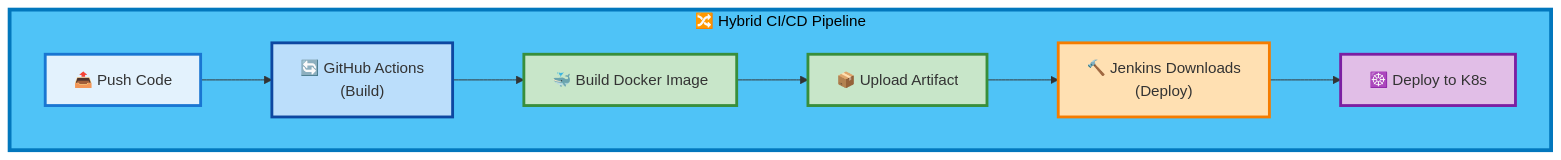
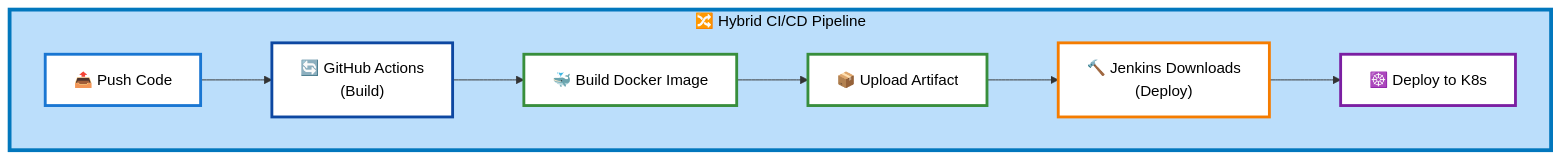
Before and after one commit to 2024aa05820/heart-disease-mlops: the sixth of 9 diagrams in README.md, drawn with Mermaid. The commit also changed other lines of this file, not shown here.

First line of the commit message:
Fix Mermaid diagram text visibility - use white backgrounds for nodes

````diff
--- a/README.md
+++ b/README.md
@@ -416,18 +416,18 @@
 ```mermaid
 graph TB
     subgraph HYBRID["🔀 Hybrid CI/CD Pipeline"]
         A["📤 Push Code"] --> B["🔄 GitHub Actions<br/>(Build)"]
         B --> C["🐳 Build Docker Image"]
         C --> D["📦 Upload Artifact"]
         D --> E["🔨 Jenkins Downloads<br/>(Deploy)"]
         E --> F["☸️ Deploy to K8s"]
     end
     
-    style HYBRID fill:#4FC3F7,stroke:#0277BD,stroke-width:4px,color:#000
-    style A fill:#E3F2FD,stroke:#1976D2,stroke-width:3px
-    style B fill:#BBDEFB,stroke:#0D47A1,stroke-width:3px
-    style C fill:#C8E6C9,stroke:#388E3C,stroke-width:3px
-    style D fill:#C8E6C9,stroke:#388E3C,stroke-width:3px
-    style E fill:#FFE0B2,stroke:#F57C00,stroke-width:3px
-    style F fill:#E1BEE7,stroke:#7B1FA2,stroke-width:3px
+    style HYBRID fill:#BBDEFB,stroke:#0277BD,stroke-width:4px,color:#000000
+    style A fill:#FFFFFF,stroke:#1976D2,stroke-width:3px,color:#000000
+    style B fill:#FFFFFF,stroke:#0D47A1,stroke-width:3px,color:#000000
+    style C fill:#FFFFFF,stroke:#388E3C,stroke-width:3px,color:#000000
+    style D fill:#FFFFFF,stroke:#388E3C,stroke-width:3px,color:#000000
+    style E fill:#FFFFFF,stroke:#F57C00,stroke-width:3px,color:#000000
+    style F fill:#FFFFFF,stroke:#7B1FA2,stroke-width:3px,color:#000000
 ```
````
